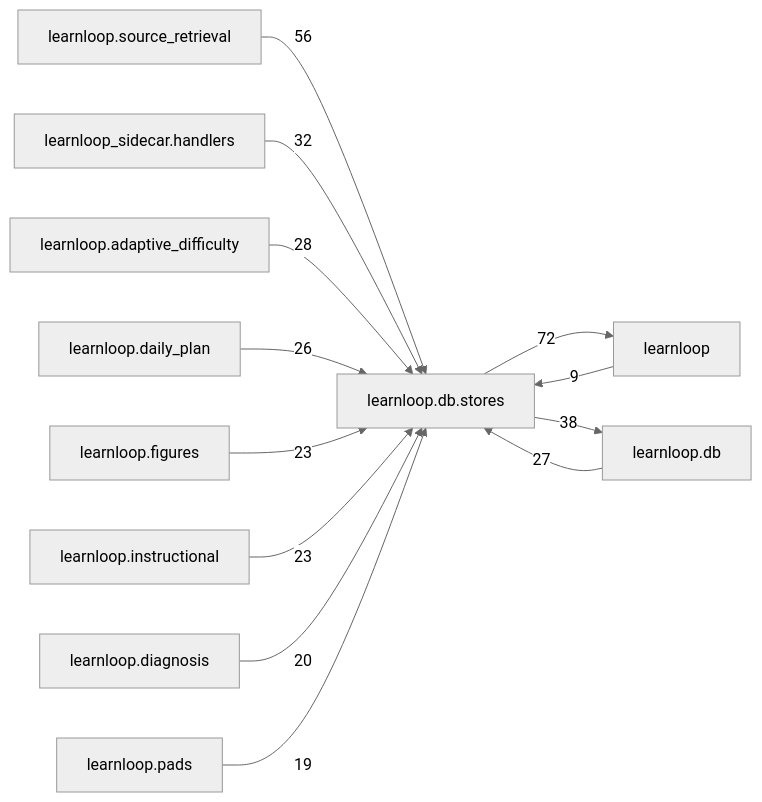
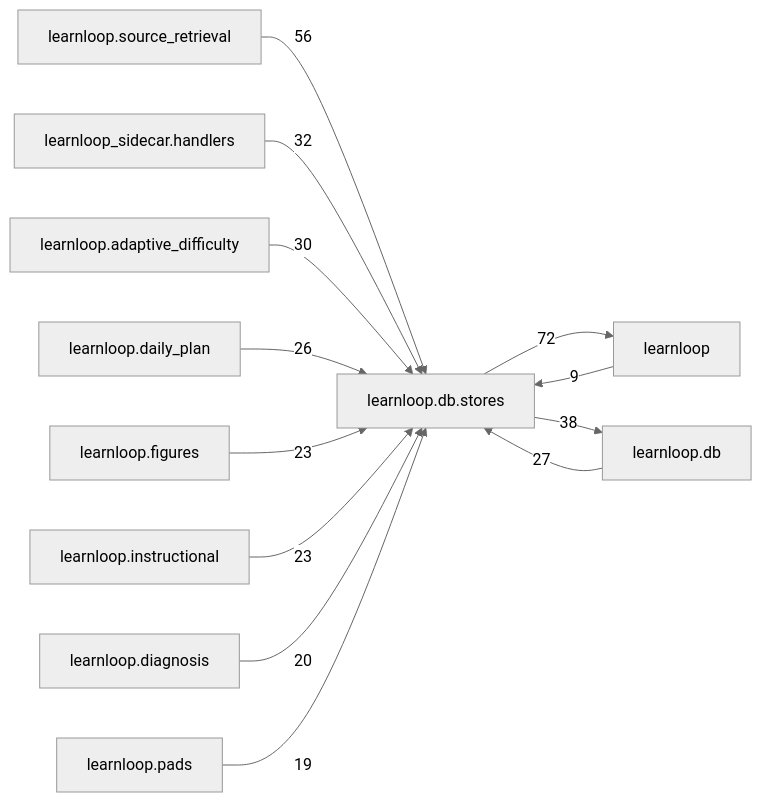
One commit to 6up-b/learnanything changed the diagram in docs/learnloop-architecture-vault/Reference/Modules/learnloop/db/stores/_package.md. Above: the diagram before and after it, drawn with Mermaid (neutral theme). The commit also changed other lines of this file and 16 other files, not shown here.

````diff
--- a/docs/learnloop-architecture-vault/Reference/Modules/learnloop/db/stores/_package.md
+++ b/docs/learnloop-architecture-vault/Reference/Modules/learnloop/db/stores/_package.md
@@ -282,26 +282,26 @@
 ```mermaid
 flowchart LR
     center["learnloop.db.stores"]
     n_learnloop["learnloop"]
     n_learnloop_db["learnloop.db"]
     n_learnloop_source_retrieval["learnloop.source_retrieval"]
     n_learnloop_sidecar_handlers["learnloop_sidecar.handlers"]
     n_learnloop_adaptive_difficulty["learnloop.adaptive_difficulty"]
     n_learnloop_daily_plan["learnloop.daily_plan"]
     n_learnloop_figures["learnloop.figures"]
     n_learnloop_instructional["learnloop.instructional"]
     n_learnloop_diagnosis["learnloop.diagnosis"]
     n_learnloop_pads["learnloop.pads"]
     n_learnloop -->|9| center
     center -->|72| n_learnloop
     n_learnloop_db -->|27| center
     center -->|38| n_learnloop_db
     n_learnloop_source_retrieval -->|56| center
     n_learnloop_sidecar_handlers -->|32| center
-    n_learnloop_adaptive_difficulty -->|28| center
+    n_learnloop_adaptive_difficulty -->|30| center
     n_learnloop_daily_plan -->|26| center
     n_learnloop_figures -->|23| center
     n_learnloop_instructional -->|23| center
     n_learnloop_diagnosis -->|20| center
     n_learnloop_pads -->|19| center
 ```
````
